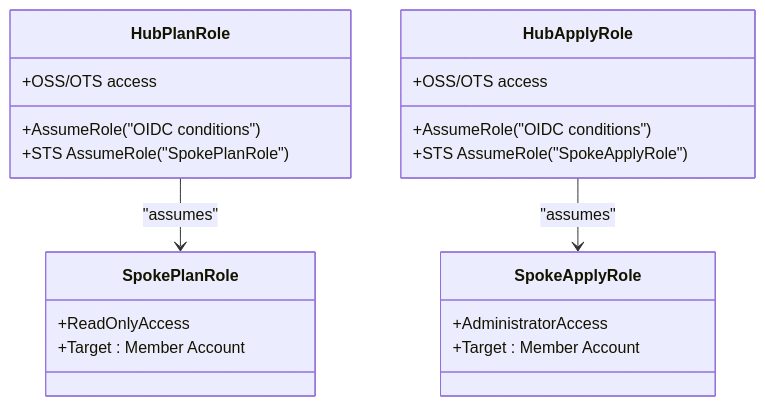
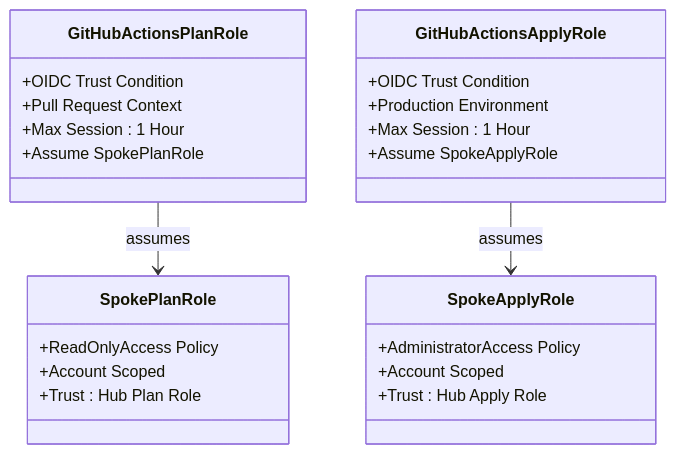
Before and after one commit to AlibabaCloudLandingZone/alibabacloud-landingzone-accelerator-github-demo: the fourth of 7 diagrams in .qoder/repowiki/en/content/Security Model/Security Model.md, drawn with Mermaid. The commit also changed other lines of this file and 104 other files, not shown here.

````diff
--- a/.qoder/repowiki/en/content/Security Model/Security Model.md
+++ b/.qoder/repowiki/en/content/Security Model/Security Model.md
@@ -154,23 +152,27 @@
 ```mermaid
 classDiagram
-class HubPlanRole {
-+AssumeRole("OIDC conditions")
-+STS AssumeRole("SpokePlanRole")
-+OSS/OTS access
+class GitHubActionsPlanRole {
++OIDC Trust Condition
++Pull Request Context
++Max Session : 1 Hour
++Assume SpokePlanRole
 }
-class HubApplyRole {
-+AssumeRole("OIDC conditions")
-+STS AssumeRole("SpokeApplyRole")
-+OSS/OTS access
+class GitHubActionsApplyRole {
++OIDC Trust Condition
++Production Environment
++Max Session : 1 Hour
++Assume SpokeApplyRole
 }
 class SpokePlanRole {
-+ReadOnlyAccess
-+Target : Member Account
++ReadOnlyAccess Policy
++Account Scoped
++Trust : Hub Plan Role
 }
 class SpokeApplyRole {
-+AdministratorAccess
-+Target : Member Account
++AdministratorAccess Policy
++Account Scoped
++Trust : Hub Apply Role
 }
-HubPlanRole --> SpokePlanRole : "assumes"
-HubApplyRole --> SpokeApplyRole : "assumes"
+GitHubActionsPlanRole --> SpokePlanRole : assumes
+GitHubActionsApplyRole --> SpokeApplyRole : assumes
 ```
````
